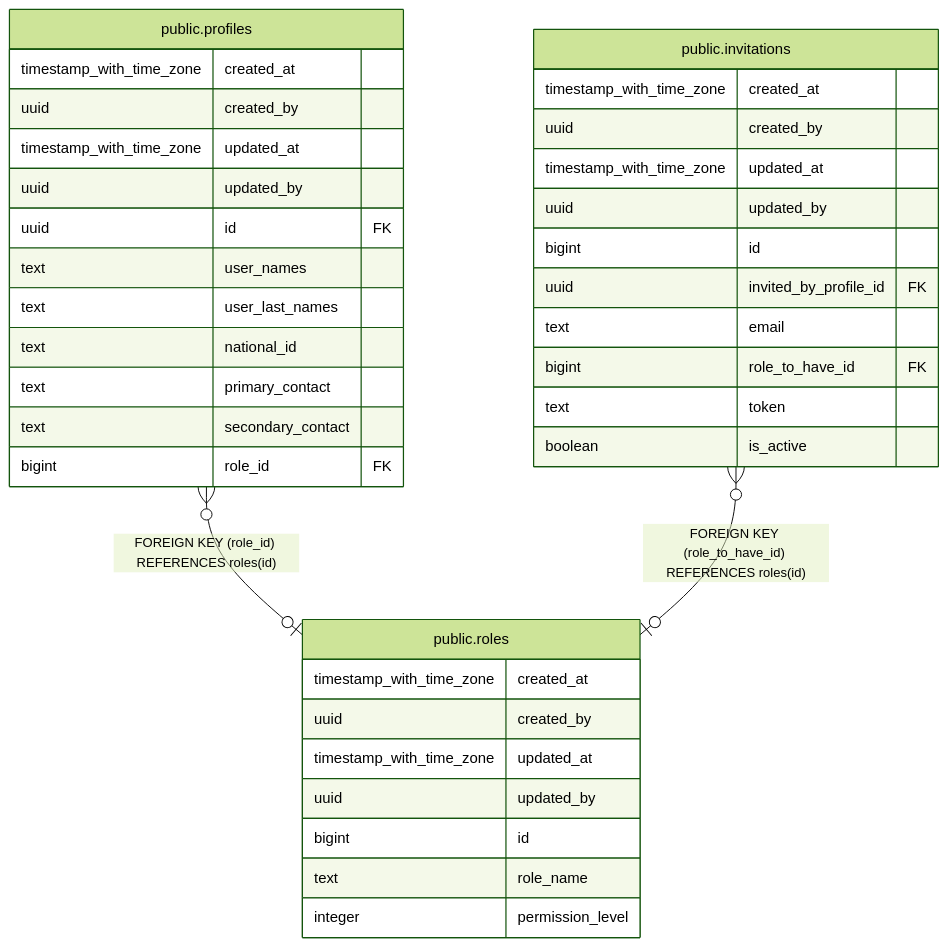
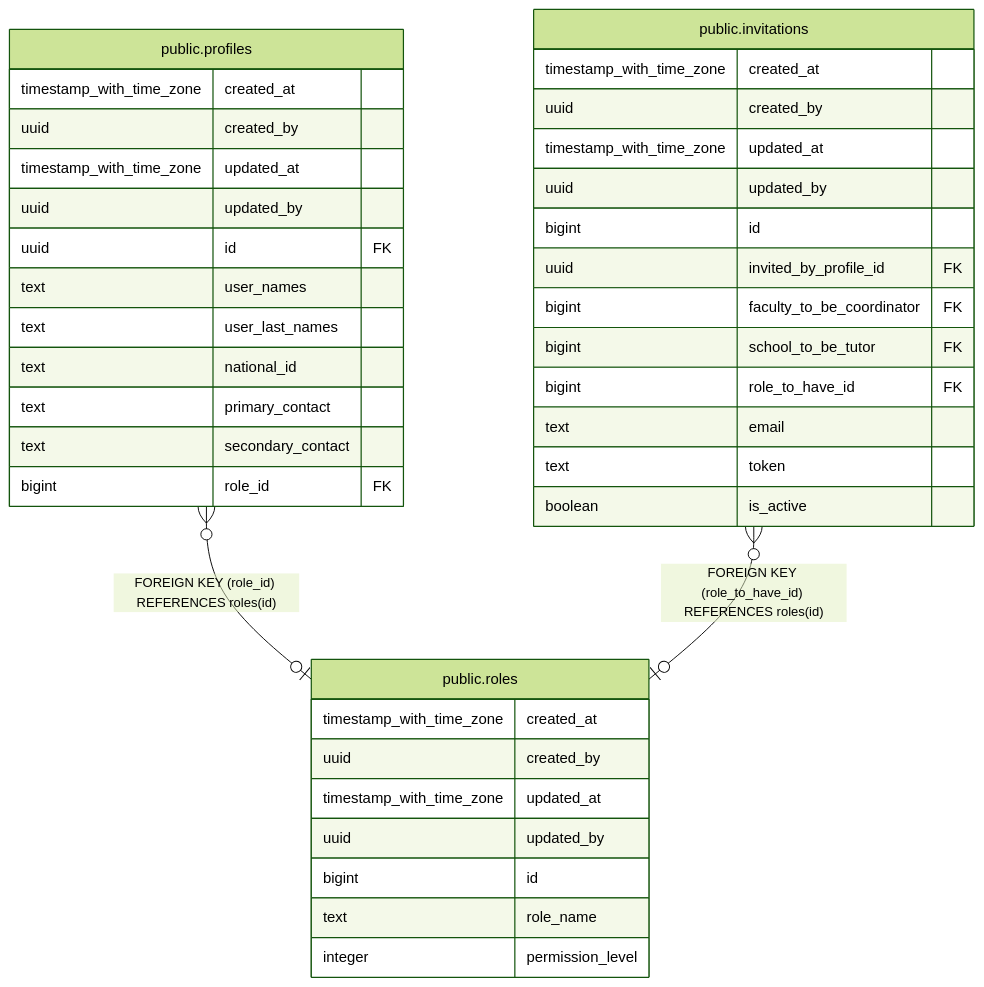
One commit to icristianhernandez/academic-service-backend changed the diagram in docs/db/tbls/public.roles.md. Above: the diagram before and after it, drawn with Mermaid (forest theme). The commit also changed 12 other files, not shown here.

First line of the commit message:
chore(db-docs): update tbls diagrams for invitations, roles, profiles

````diff
--- a/docs/db/tbls/public.roles.md
+++ b/docs/db/tbls/public.roles.md
@@ -40,41 +40,43 @@
 ```mermaid
 erDiagram
 
 "public.profiles" }o--o| "public.roles" : "FOREIGN KEY (role_id) REFERENCES roles(id)"
 "public.invitations" }o--o| "public.roles" : "FOREIGN KEY (role_to_have_id) REFERENCES roles(id)"
 
 "public.roles" {
   timestamp_with_time_zone created_at ""
   uuid created_by ""
   timestamp_with_time_zone updated_at ""
   uuid updated_by ""
   bigint id ""
   text role_name ""
   integer permission_level ""
 }
 "public.profiles" {
   timestamp_with_time_zone created_at ""
   uuid created_by ""
   timestamp_with_time_zone updated_at ""
   uuid updated_by ""
   uuid id FK ""
   text user_names ""
   text user_last_names ""
   text national_id ""
   text primary_contact ""
   text secondary_contact ""
   bigint role_id FK ""
 }
 "public.invitations" {
   timestamp_with_time_zone created_at ""
   uuid created_by ""
   timestamp_with_time_zone updated_at ""
   uuid updated_by ""
   bigint id ""
   uuid invited_by_profile_id FK ""
+  bigint faculty_to_be_coordinator FK ""
+  bigint school_to_be_tutor FK ""
+  bigint role_to_have_id FK ""
   text email ""
-  bigint role_to_have_id FK ""
   text token ""
   boolean is_active ""
 }
 ```
````
